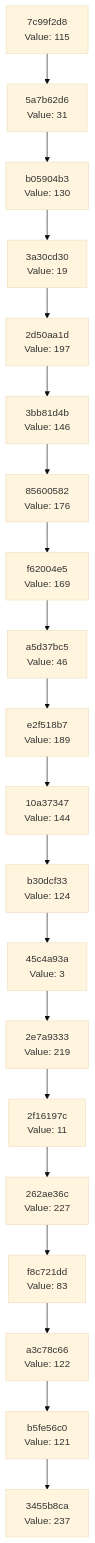
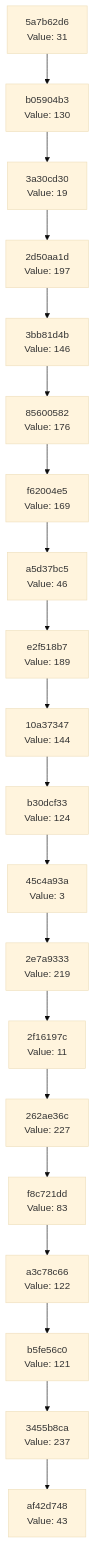
Before and after one commit to Abhisheksinha1506/hash-chain-evolver: the diagram in docs/CHAIN_VISUALIZATION.md, drawn with Mermaid (base theme). The commit also changed 2 other files, not shown here.

Commit message:
Evolution step: hash 0x2B → action executed

````diff
--- a/docs/CHAIN_VISUALIZATION.md
+++ b/docs/CHAIN_VISUALIZATION.md
@@ -3,42 +3,42 @@
 ```mermaid
 graph TD
-    C0["3455b8ca<br/>Value: 237"]
-    C1["b5fe56c0<br/>Value: 121"]
+    C0["af42d748<br/>Value: 43"]
+    C1["3455b8ca<br/>Value: 237"]
     C1 --> C0
-    C2["a3c78c66<br/>Value: 122"]
+    C2["b5fe56c0<br/>Value: 121"]
     C2 --> C1
-    C3["f8c721dd<br/>Value: 83"]
+    C3["a3c78c66<br/>Value: 122"]
     C3 --> C2
-    C4["262ae36c<br/>Value: 227"]
+    C4["f8c721dd<br/>Value: 83"]
     C4 --> C3
-    C5["2f16197c<br/>Value: 11"]
+    C5["262ae36c<br/>Value: 227"]
     C5 --> C4
-    C6["2e7a9333<br/>Value: 219"]
+    C6["2f16197c<br/>Value: 11"]
     C6 --> C5
-    C7["45c4a93a<br/>Value: 3"]
+    C7["2e7a9333<br/>Value: 219"]
     C7 --> C6
-    C8["b30dcf33<br/>Value: 124"]
+    C8["45c4a93a<br/>Value: 3"]
     C8 --> C7
-    C9["10a37347<br/>Value: 144"]
+    C9["b30dcf33<br/>Value: 124"]
     C9 --> C8
-    C10["e2f518b7<br/>Value: 189"]
+    C10["10a37347<br/>Value: 144"]
     C10 --> C9
-    C11["a5d37bc5<br/>Value: 46"]
+    C11["e2f518b7<br/>Value: 189"]
     C11 --> C10
-    C12["f62004e5<br/>Value: 169"]
+    C12["a5d37bc5<br/>Value: 46"]
     C12 --> C11
-    C13["85600582<br/>Value: 176"]
+    C13["f62004e5<br/>Value: 169"]
     C13 --> C12
-    C14["3bb81d4b<br/>Value: 146"]
+    C14["85600582<br/>Value: 176"]
     C14 --> C13
-    C15["2d50aa1d<br/>Value: 197"]
+    C15["3bb81d4b<br/>Value: 146"]
     C15 --> C14
-    C16["3a30cd30<br/>Value: 19"]
+    C16["2d50aa1d<br/>Value: 197"]
     C16 --> C15
-    C17["b05904b3<br/>Value: 130"]
+    C17["3a30cd30<br/>Value: 19"]
     C17 --> C16
-    C18["5a7b62d6<br/>Value: 31"]
+    C18["b05904b3<br/>Value: 130"]
     C18 --> C17
-    C19["7c99f2d8<br/>Value: 115"]
+    C19["5a7b62d6<br/>Value: 31"]
     C19 --> C18
 ```
````
